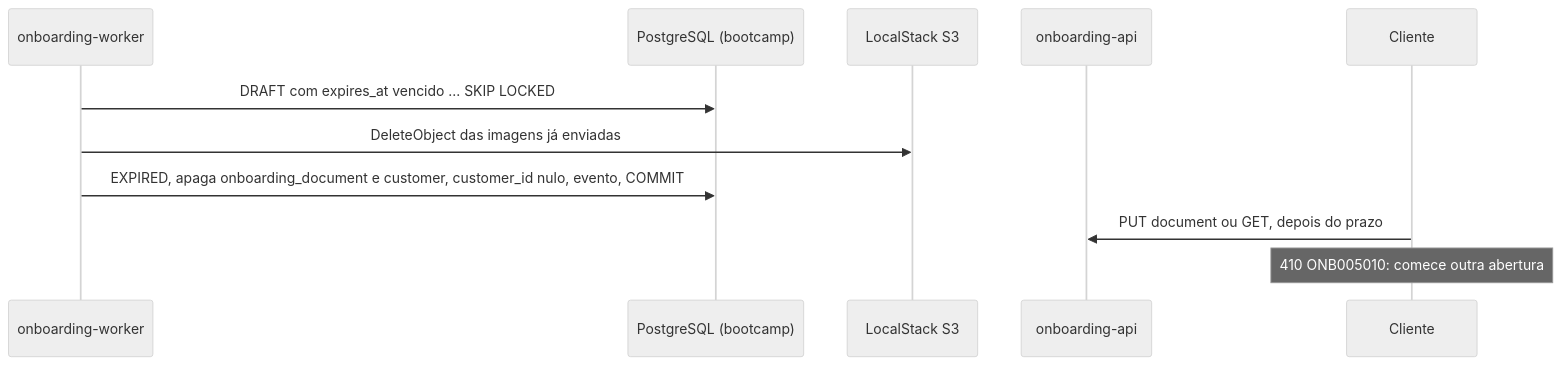
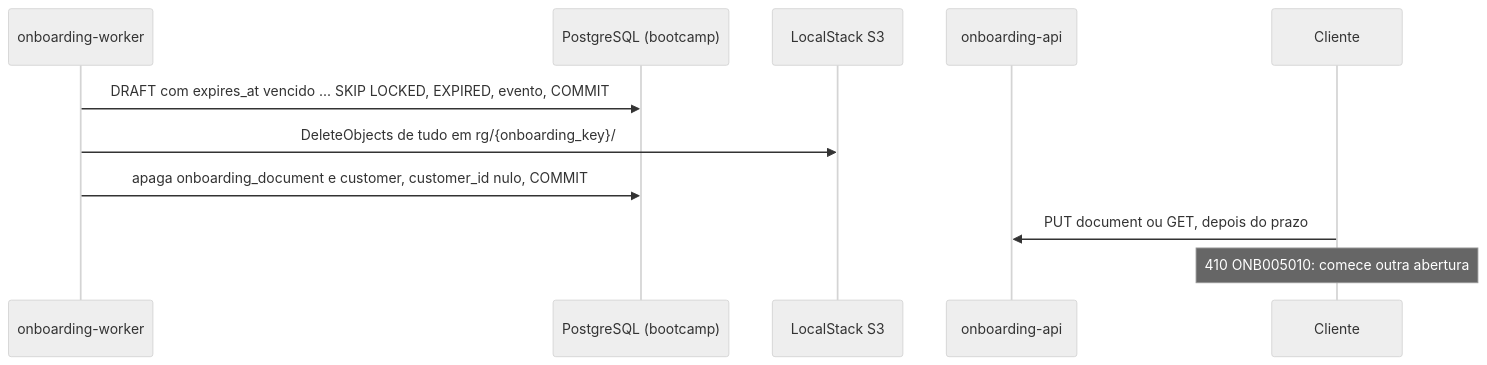
One commit to eduardoVL123/bootcampQitech_bancoDigital changed diagram 13 of 14 in docs/rfc/05-onboarding-api.md. Above: the diagram before and after it, drawn with Mermaid (neutral theme). The commit also changed other lines of this file and 19 other files, not shown here.

````diff
--- a/docs/rfc/05-onboarding-api.md
+++ b/docs/rfc/05-onboarding-api.md
@@ -656,13 +657,13 @@
 ```mermaid
 sequenceDiagram
     participant W as onboarding-worker
     participant P as PostgreSQL (bootcamp)
     participant S as LocalStack S3
     participant O as onboarding-api
     participant C as Cliente
-    W->>P: DRAFT com expires_at vencido ... SKIP LOCKED
-    W->>S: DeleteObject das imagens já enviadas
-    W->>P: EXPIRED, apaga onboarding_document e customer, customer_id nulo, evento, COMMIT
+    W->>P: DRAFT com expires_at vencido ... SKIP LOCKED, EXPIRED, evento, COMMIT
+    W->>S: DeleteObjects de tudo em rg/{onboarding_key}/
+    W->>P: apaga onboarding_document e customer, customer_id nulo, COMMIT
     C->>O: PUT document ou GET, depois do prazo
     Note over C: 410 ONB005010: comece outra abertura
 ```
````
